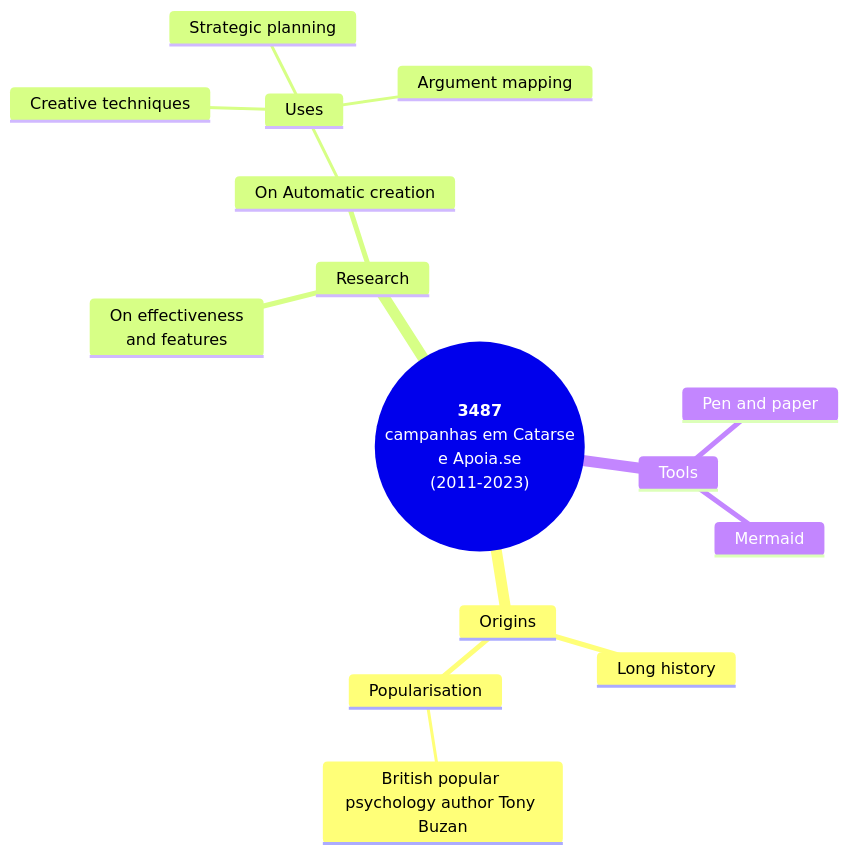
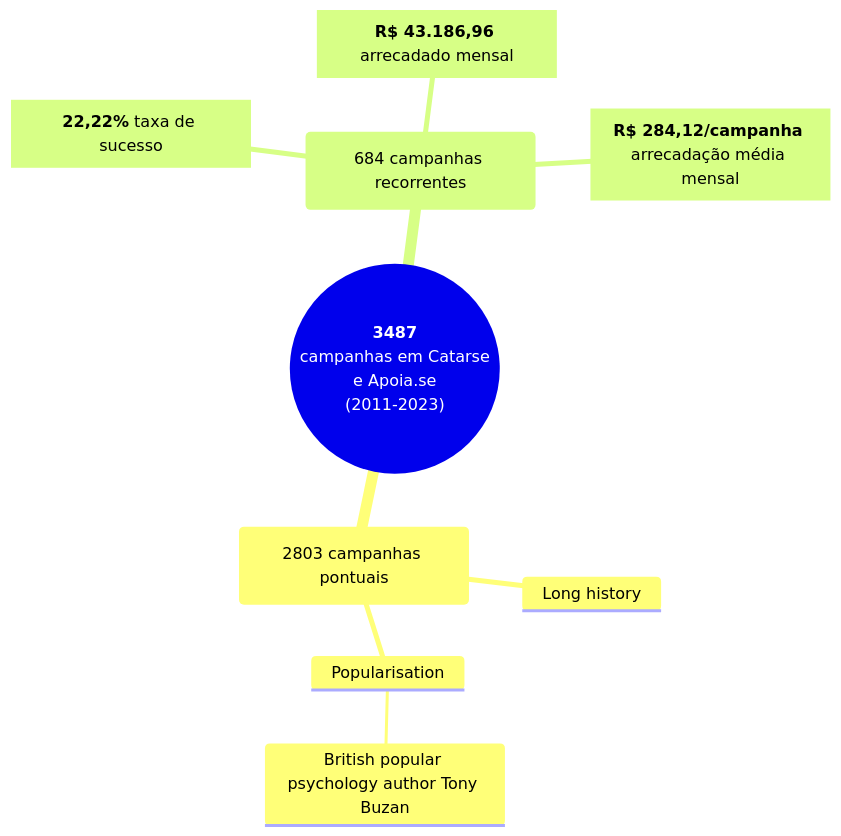
One commit to silva-erick/profico-hq changed the diagram in analises/2023/README.md. Above: the diagram before and after it, drawn with Mermaid.

Commit message:
outro teste - mermaide

````diff
--- a/analises/2023/README.md
+++ b/analises/2023/README.md
@@ -105,22 +105,16 @@
 ```mermaid
 mindmap
-  root(("`**3487**
+  root(("` **3487**
 campanhas em Catarse
 e Apoia.se
-(2011-2023)`"))
-    Origins
+(2011-2023) `"))
+    camp_pontual("`2803 campanhas pontuais`")
       Long history
       ::icon(fa fa-book)
       Popularisation
         British popular psychology author Tony Buzan
-    Research
-      On effectiveness<br/>and features
-      On Automatic creation
-        Uses
-            Creative techniques
-            Strategic planning
-            Argument mapping
-    Tools
-      Pen and paper
-      Mermaid
+    camp_pontual("`684 campanhas recorrentes`")
+        camp_pontual_taxa_sucesso["`**22,22%** taxa de sucesso`"]
+        camp_pontual_arr_mensal["`**R$ 43.186,96** arrecadado mensal`"]
+        camp_pontual_arr_med_mensal["`**R$ 284,12/campanha** arrecadação média mensal`"]
 ```
````
